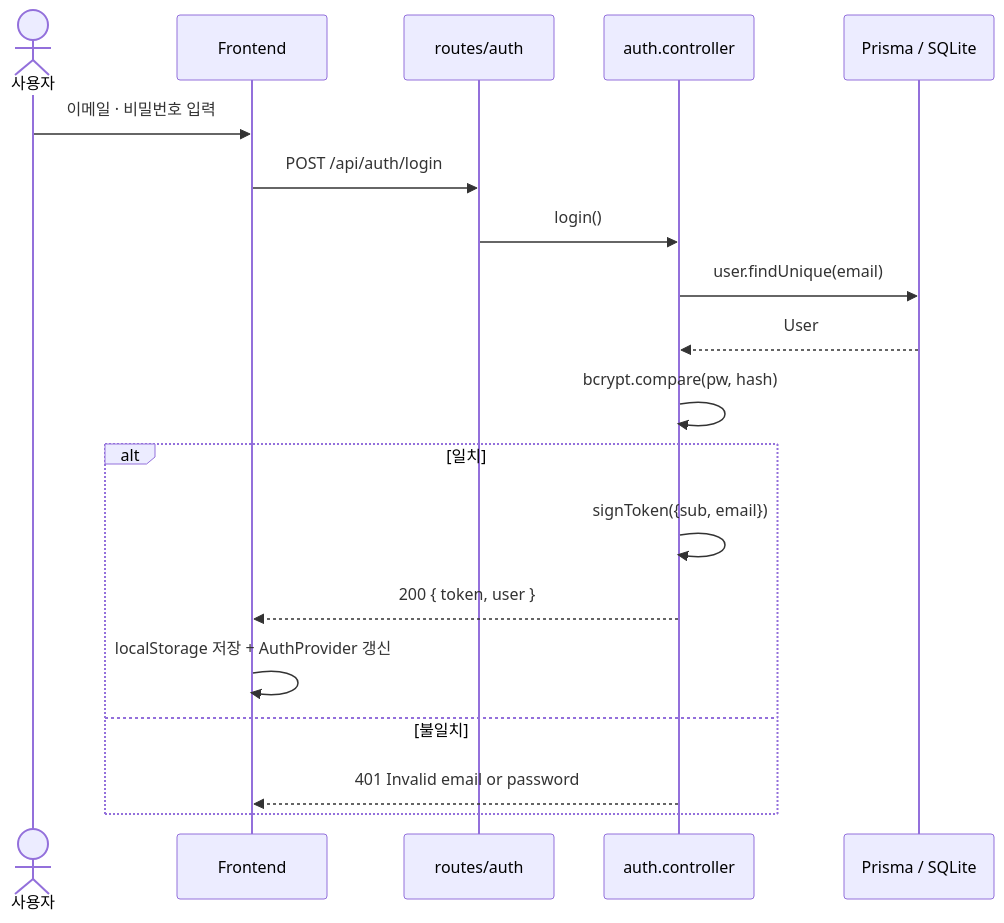
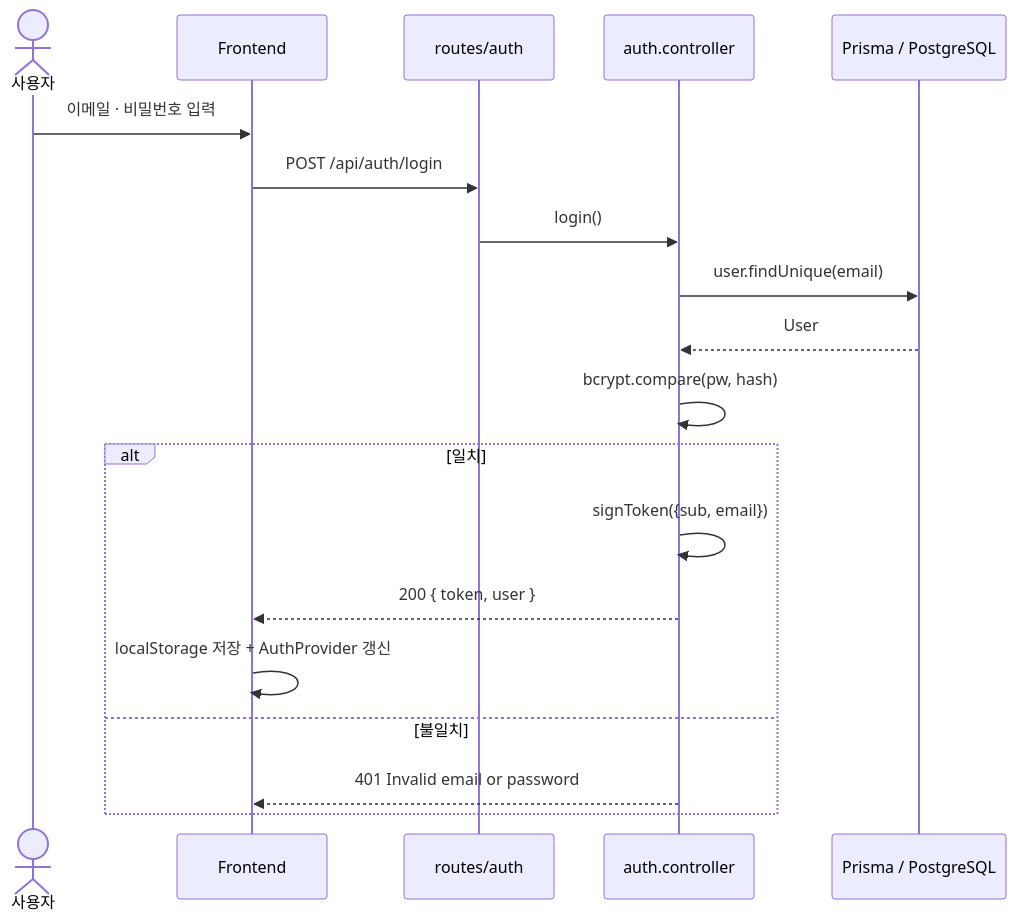
Before and after one commit to woodruff2k/recipe: the third of 8 diagrams in docs/ARCHITECTURE.md, drawn with Mermaid. The commit also changed other lines of this file and 9 other files, not shown here.

First line of the commit message:
docs: add Architecture Decision Records (ADR)

````diff
--- a/docs/ARCHITECTURE.md
+++ b/docs/ARCHITECTURE.md
@@ -112,22 +112,22 @@
 ```mermaid
 sequenceDiagram
     actor U as 사용자
     participant FE as Frontend
     participant R as routes/auth
     participant C as auth.controller
-    participant DB as Prisma / SQLite
+    participant DB as Prisma / PostgreSQL
 
     U->>FE: 이메일 · 비밀번호 입력
     FE->>R: POST /api/auth/login
     R->>C: login()
     C->>DB: user.findUnique(email)
     DB-->>C: User
     C->>C: bcrypt.compare(pw, hash)
     alt 일치
         C->>C: signToken({sub, email})
         C-->>FE: 200 { token, user }
         FE->>FE: localStorage 저장 + AuthProvider 갱신
     else 불일치
         C-->>FE: 401 Invalid email or password
     end
 ```
````
